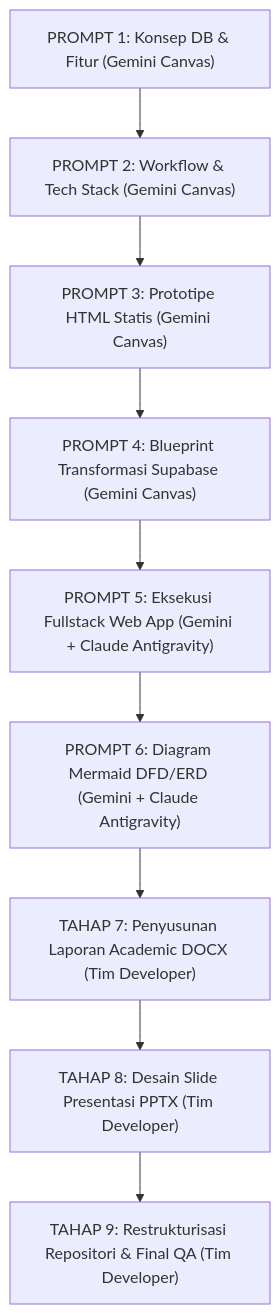
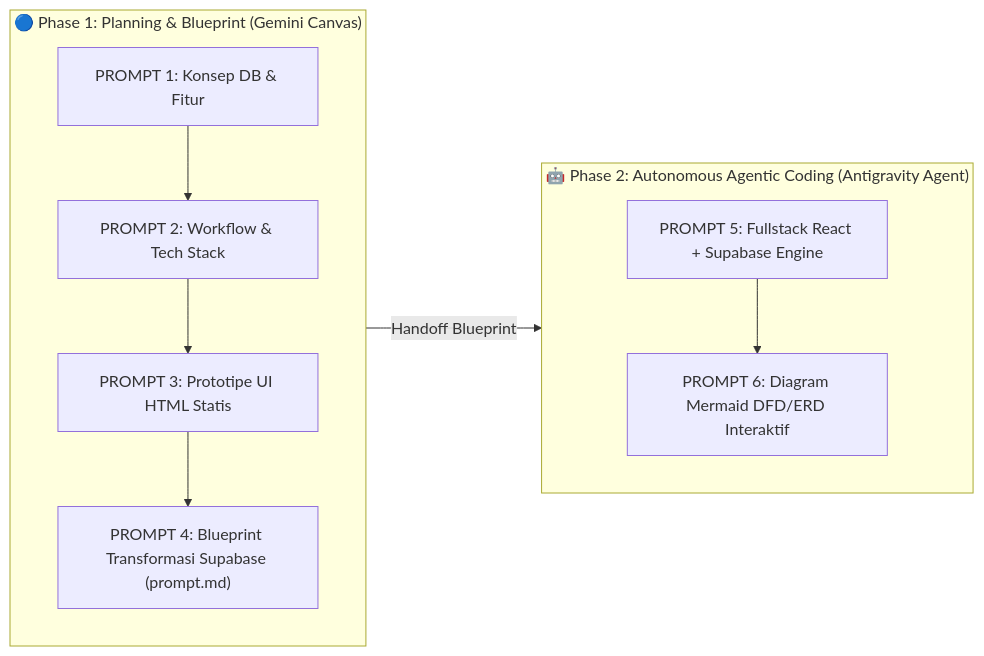
One commit to sahruulmubarokk-dot/Sistem-Informasi-Apotek changed the first of 2 diagrams in README.md. Above: the diagram before and after it, drawn with Mermaid. The commit also changed other lines of this file and 6 other files, not shown here.

````diff
--- a/README.md
+++ b/README.md
@@ -43,11 +46,18 @@
 ```mermaid
-graph TD
-    P1["PROMPT 1: Konsep DB & Fitur (Gemini Canvas)"] --> P2["PROMPT 2: Workflow & Tech Stack (Gemini Canvas)"]
-    P2 --> P3["PROMPT 3: Prototipe HTML Statis (Gemini Canvas)"]
-    P3 --> P4["PROMPT 4: Blueprint Transformasi Supabase (Gemini Canvas)"]
-    P4 --> P5["PROMPT 5: Eksekusi Fullstack Web App (Gemini + Claude Antigravity)"]
-    P5 --> P6["PROMPT 6: Diagram Mermaid DFD/ERD (Gemini + Claude Antigravity)"]
-    P6 --> P7["TAHAP 7: Penyusunan Laporan Academic DOCX (Tim Developer)"]
-    P7 --> P8["TAHAP 8: Desain Slide Presentasi PPTX (Tim Developer)"]
-    P8 --> P9["TAHAP 9: Restrukturisasi Repositori & Final QA (Tim Developer)"]
+flowchart LR
+    subgraph Canvas ["🔵 Phase 1: Planning & Blueprint (Gemini Canvas)"]
+        direction TB
+        P1["PROMPT 1: Konsep DB & Fitur"] --> P2["PROMPT 2: Workflow & Tech Stack"]
+        P2 --> P3["PROMPT 3: Prototipe UI HTML Statis"]
+        P3 --> P4["PROMPT 4: Blueprint Transformasi Supabase (prompt.md)"]
+    end
+
+    subgraph Agent ["🤖 Phase 2: Autonomous Agentic Coding (Antigravity Agent)"]
+        direction TB
+        P5["PROMPT 5: Fullstack React + Supabase Engine"]
+        P6["PROMPT 6: Diagram Mermaid DFD/ERD Interaktif"]
+        P5 --> P6
+    end
+
+    Canvas -->|Handoff Blueprint| Agent
 ```
````
